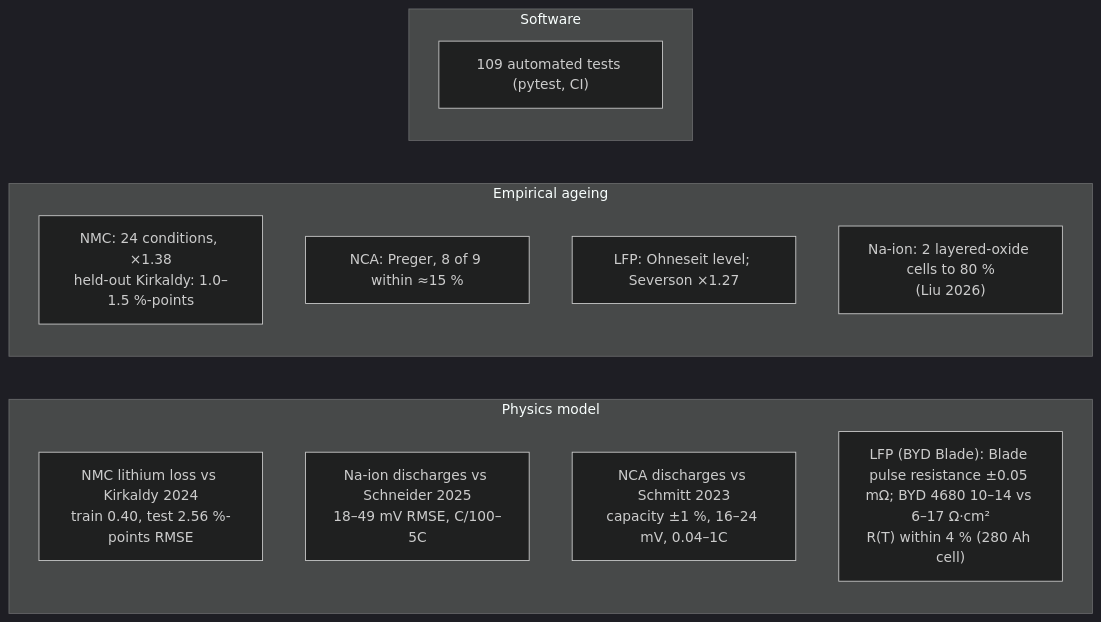
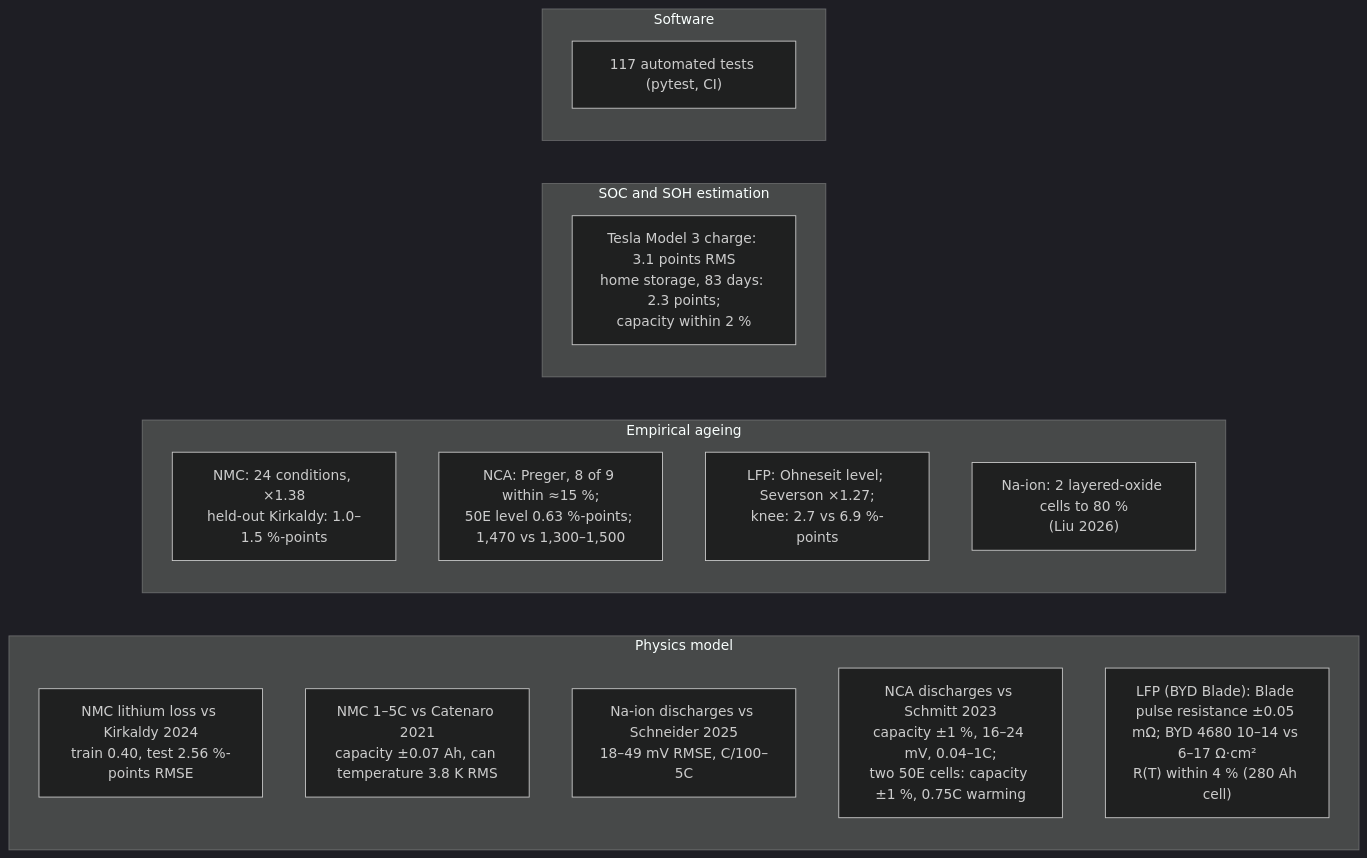
Diagram 12 of 12 in README.md (TheJohn01/DigitalTwinBattery), drawn with Mermaid (dark theme) before and after one commit. The commit also changed other lines of this file, not shown here.

````diff
--- a/README.md
+++ b/README.md
@@ -1683,18 +1700,22 @@
 ```mermaid
 flowchart LR
     subgraph PHY["Physics model"]
         V1["NMC lithium loss vs Kirkaldy 2024<br/>train 0.40, test 2.56 %-points RMSE"]
+        V9["NMC 1–5C vs Catenaro 2021<br/>capacity ±0.07 Ah, can temperature 3.8 K RMS"]
         V0["Na-ion discharges vs Schneider 2025<br/>18–49 mV RMSE, C/100–5C"]
-        V7["NCA discharges vs Schmitt 2023<br/>capacity ±1 %, 16–24 mV, 0.04–1C"]
+        V7["NCA discharges vs Schmitt 2023<br/>capacity ±1 %, 16–24 mV, 0.04–1C;<br/>two 50E cells: capacity ±1 %, 0.75C warming"]
         V8["LFP (BYD Blade): Blade pulse resistance ±0.05 mΩ; BYD 4680 10–14 vs 6–17 Ω·cm²<br/>R(T) within 4 % (280 Ah cell)"]
     end
     subgraph EMP["Empirical ageing"]
         V2["NMC: 24 conditions, ×1.38<br/>held-out Kirkaldy: 1.0–1.5 %-points"]
-        V3["NCA: Preger, 8 of 9 within ≈15 %"]
-        V4["LFP: Ohneseit level; Severson ×1.27"]
+        V3["NCA: Preger, 8 of 9 within ≈15 %;<br/>50E level 0.63 %-points; 1,470 vs 1,300–1,500"]
+        V4["LFP: Ohneseit level; Severson ×1.27;<br/>knee: 2.7 vs 6.9 %-points"]
         V5["Na-ion: 2 layered-oxide cells to 80 %<br/>(Liu 2026)"]
     end
+    subgraph EST["SOC and SOH estimation"]
+        V10["Tesla Model 3 charge: 3.1 points RMS<br/>home storage, 83 days: 2.3 points;<br/>capacity within 2 %"]
+    end
     subgraph SW["Software"]
-        V6["109 automated tests (pytest, CI)"]
+        V6["117 automated tests (pytest, CI)"]
     end
 ```
````
